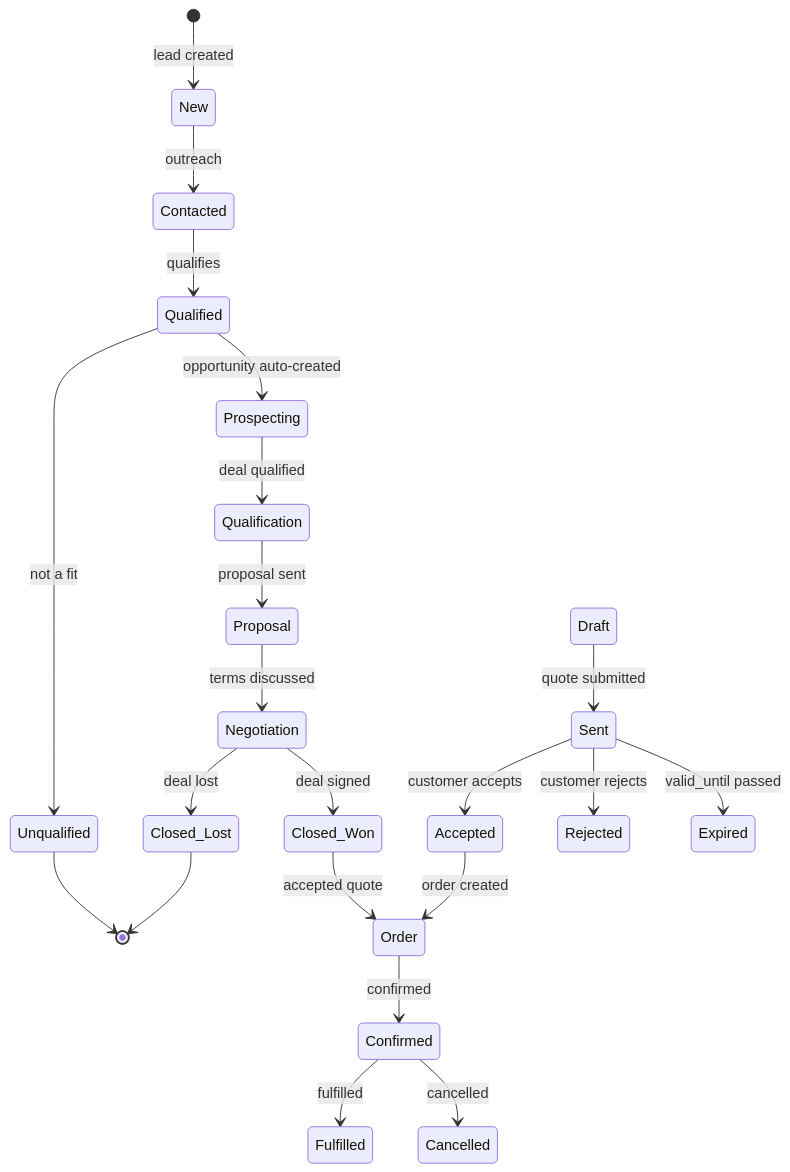
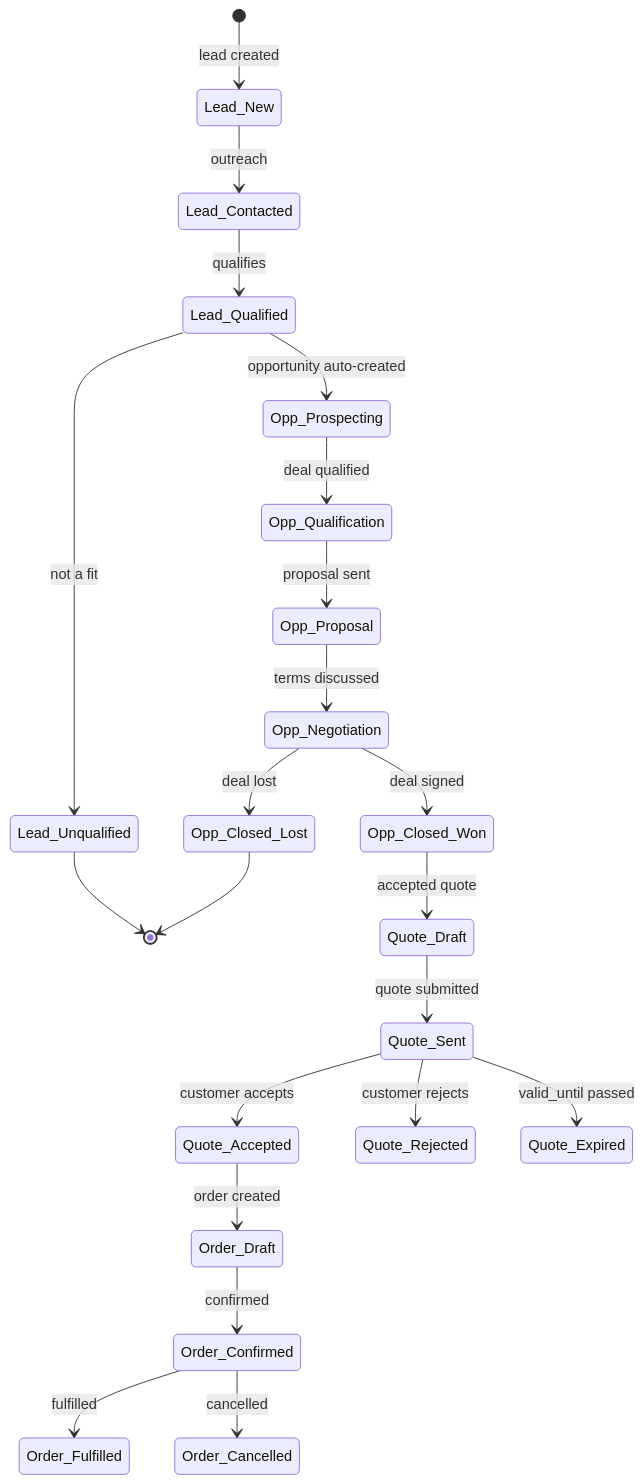
Before and after one commit to eltonaguiar/ServiceNow_Learning_TSOM-_CSM_FSM_SalesCRM_HAM_ITSM: the first of 7 diagrams in docs/modules/sales-crm/sales-crm-guide.md, drawn with Mermaid. The commit also changed other lines of this file, not shown here.

Commit message:
Fix broken Mermaid diagrams in sales-crm-guide.md

````diff
--- a/docs/modules/sales-crm/sales-crm-guide.md
+++ b/docs/modules/sales-crm/sales-crm-guide.md
@@ -548,26 +550,26 @@
 ```mermaid
 stateDiagram-v2
-    [*] --> New : lead created
-    New --> Contacted : outreach
-    Contacted --> Qualified : qualifies
-    Qualified --> Unqualified : not a fit
-    Qualified --> Prospecting : opportunity auto-created
-    Unqualified --> [*]
+    [*] --> Lead_New : lead created
+    Lead_New --> Lead_Contacted : outreach
+    Lead_Contacted --> Lead_Qualified : qualifies
+    Lead_Qualified --> Lead_Unqualified : not a fit
+    Lead_Qualified --> Opp_Prospecting : opportunity auto-created
+    Lead_Unqualified --> [*]
 
-    Prospecting --> Qualification : deal qualified
-    Qualification --> Proposal : proposal sent
-    Proposal --> Negotiation : terms discussed
-    Negotiation --> Closed_Won : deal signed
-    Negotiation --> Closed_Lost : deal lost
-    Closed_Won --> Order : accepted quote
-    Closed_Lost --> [*]
+    Opp_Prospecting --> Opp_Qualification : deal qualified
+    Opp_Qualification --> Opp_Proposal : proposal sent
+    Opp_Proposal --> Opp_Negotiation : terms discussed
+    Opp_Negotiation --> Opp_Closed_Won : deal signed
+    Opp_Negotiation --> Opp_Closed_Lost : deal lost
+    Opp_Closed_Won --> Quote_Draft : accepted quote
+    Opp_Closed_Lost --> [*]
 
-    Draft --> Sent : quote submitted
-    Sent --> Accepted : customer accepts
-    Sent --> Rejected : customer rejects
-    Sent --> Expired : valid_until passed
-    Accepted --> Order : order created
-    Order --> Confirmed : confirmed
-    Confirmed --> Fulfilled : fulfilled
-    Confirmed --> Cancelled : cancelled
+    Quote_Draft --> Quote_Sent : quote submitted
+    Quote_Sent --> Quote_Accepted : customer accepts
+    Quote_Sent --> Quote_Rejected : customer rejects
+    Quote_Sent --> Quote_Expired : valid_until passed
+    Quote_Accepted --> Order_Draft : order created
+    Order_Draft --> Order_Confirmed : confirmed
+    Order_Confirmed --> Order_Fulfilled : fulfilled
+    Order_Confirmed --> Order_Cancelled : cancelled
 ```
````
